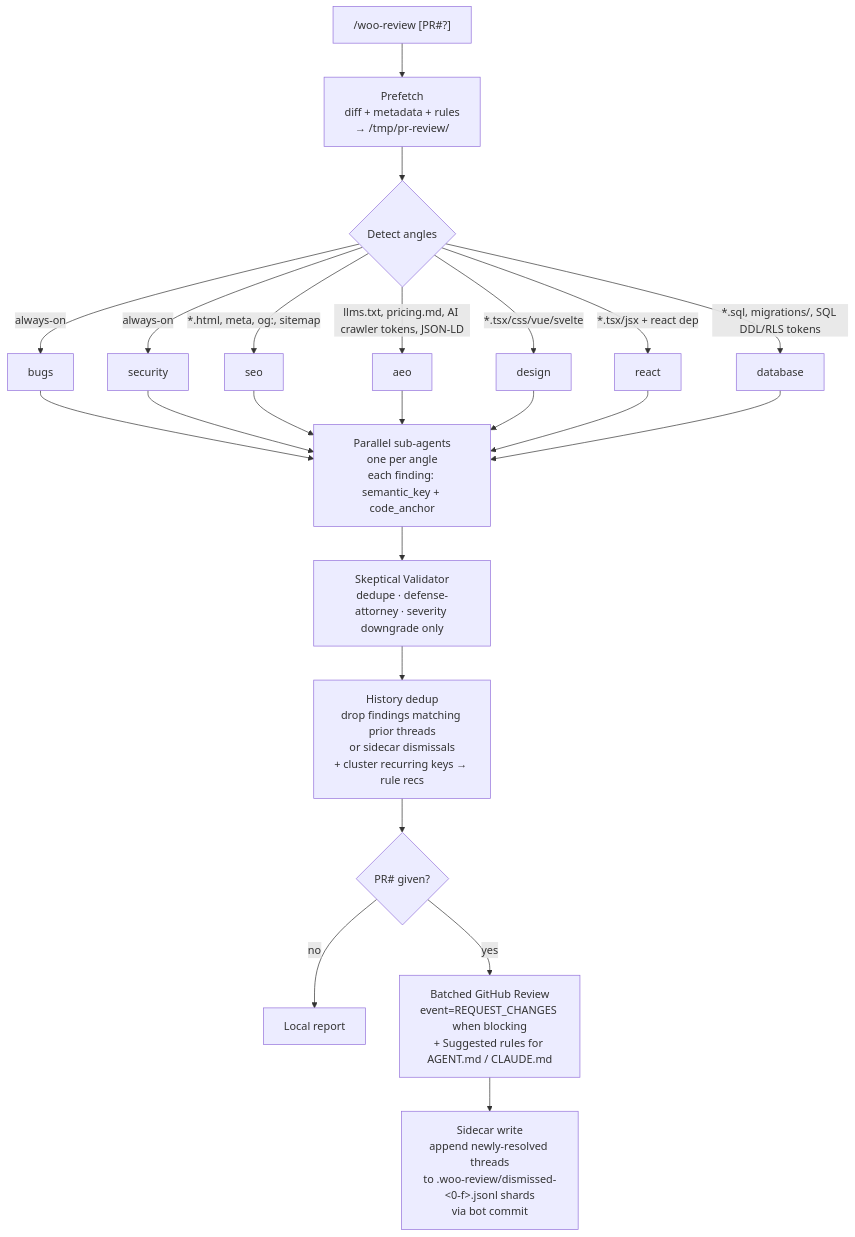
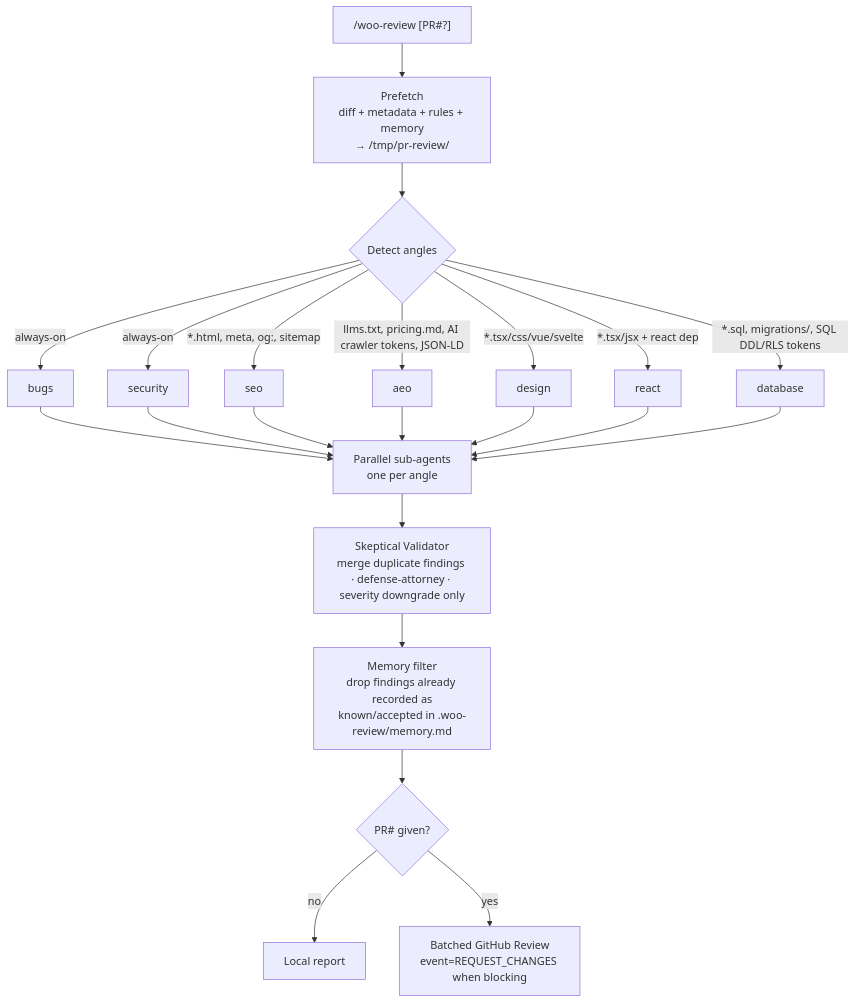
One commit to howarewoo/woo-review changed the diagram in README.md. Above: the diagram before and after it, drawn with Mermaid. The commit also changed other lines of this file and 48 other files, not shown here.

````diff
--- a/README.md
+++ b/README.md
@@ -53,19 +51,18 @@
 ```mermaid
 flowchart TD
-    A["/woo-review [PR#?]"] --> B[Prefetch<br/>diff + metadata + rules<br/>→ /tmp/pr-review/]
+    A["/woo-review [PR#?]"] --> B[Prefetch<br/>diff + metadata + rules + memory<br/>→ /tmp/pr-review/]
     B --> C{Detect angles}
     C -->|always-on| D1[bugs]
     C -->|always-on| D2[security]
     C -->|*.html, meta, og:, sitemap| D3[seo]
     C -->|llms.txt, pricing.md, AI crawler tokens, JSON-LD| D3a[aeo]
     C -->|*.tsx/css/vue/svelte| D4[design]
     C -->|*.tsx/jsx + react dep| D6[react]
     C -->|*.sql, migrations/, SQL DDL/RLS tokens| D7[database]
-    D1 & D2 & D3 & D3a & D4 & D6 & D7 --> E[Parallel sub-agents<br/>one per angle<br/>each finding: semantic_key + code_anchor]
-    E --> F[Skeptical Validator<br/>dedupe · defense-attorney · severity downgrade only]
-    F --> F2[History dedup<br/>drop findings matching prior threads<br/>or sidecar dismissals<br/>+ cluster recurring keys → rule recs]
+    D1 & D2 & D3 & D3a & D4 & D6 & D7 --> E[Parallel sub-agents<br/>one per angle]
+    E --> F[Skeptical Validator<br/>merge duplicate findings · defense-attorney · severity downgrade only]
+    F --> F2[Memory filter<br/>drop findings already recorded as<br/>known/accepted in .woo-review/memory.md]
     F2 --> G{PR# given?}
     G -->|no| H[Local report]
-    G -->|yes| I[Batched GitHub Review<br/>event=REQUEST_CHANGES when blocking<br/>+ Suggested rules for AGENT.md / CLAUDE.md]
-    I --> J[Sidecar write<br/>append newly-resolved threads<br/>to .woo-review/dismissed-&lt;0-f&gt;.jsonl shards<br/>via bot commit]
+    G -->|yes| I[Batched GitHub Review<br/>event=REQUEST_CHANGES when blocking]
 ```
````
